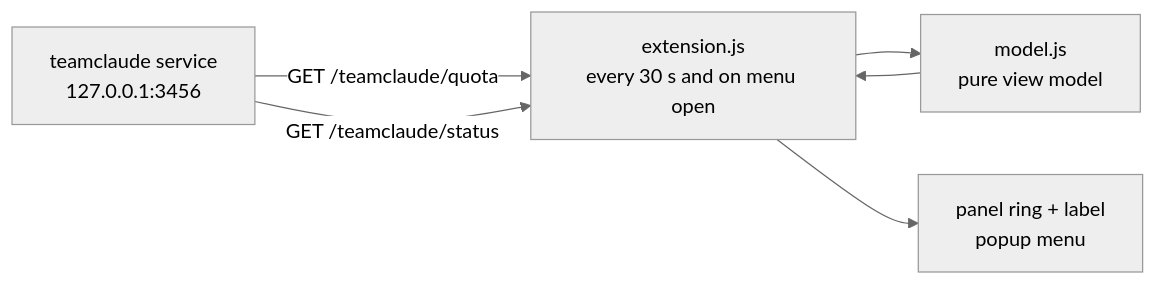
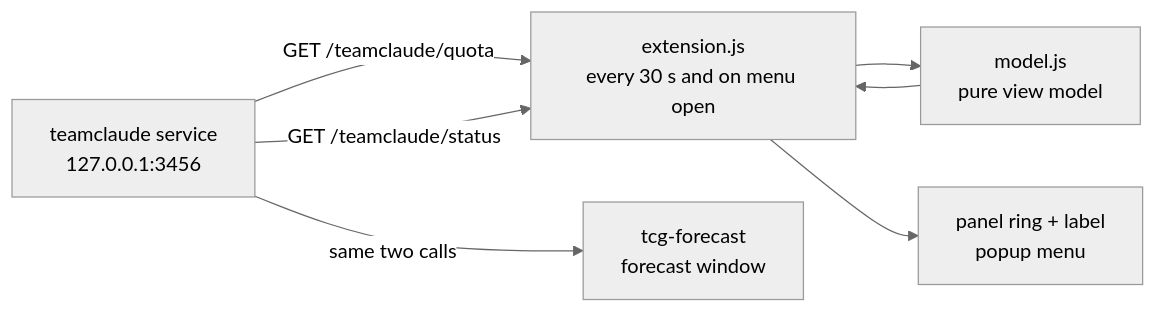
The first of 2 diagrams in README.md (ma2t/teamclaude-gauge), drawn with Mermaid (neutral theme) before and after one commit. The commit also changed other lines of this file and 3 other files, not shown here.

````diff
--- a/README.md
+++ b/README.md
@@ -38,8 +65,9 @@
 ```mermaid
 flowchart LR
   TC[teamclaude service<br/>127.0.0.1:3456] -->|GET /teamclaude/quota| EXT
   TC -->|GET /teamclaude/status| EXT
   EXT[extension.js<br/>every 30 s and on menu open] --> MODEL[model.js<br/>pure view model]
   MODEL --> EXT
   EXT --> UI[panel ring + label<br/>popup menu]
+  TC -->|same two calls| FC[tcg-forecast<br/>forecast window]
 ```
````
